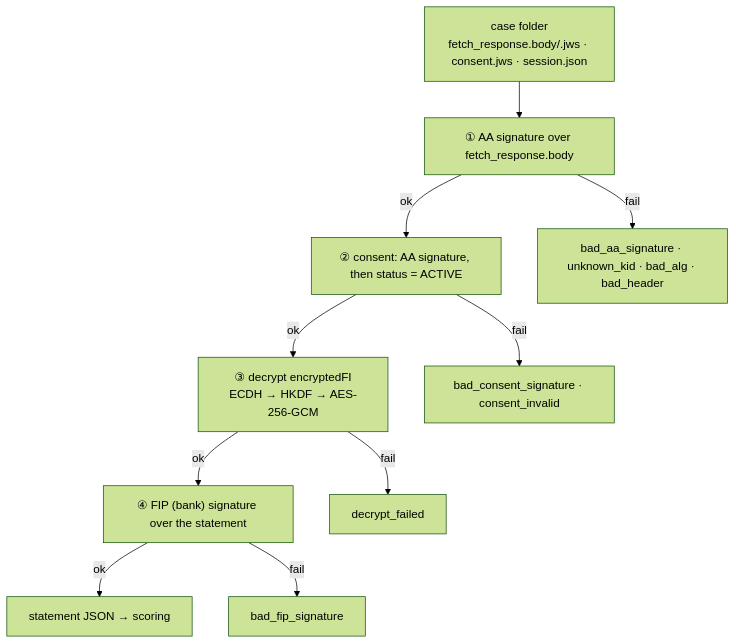
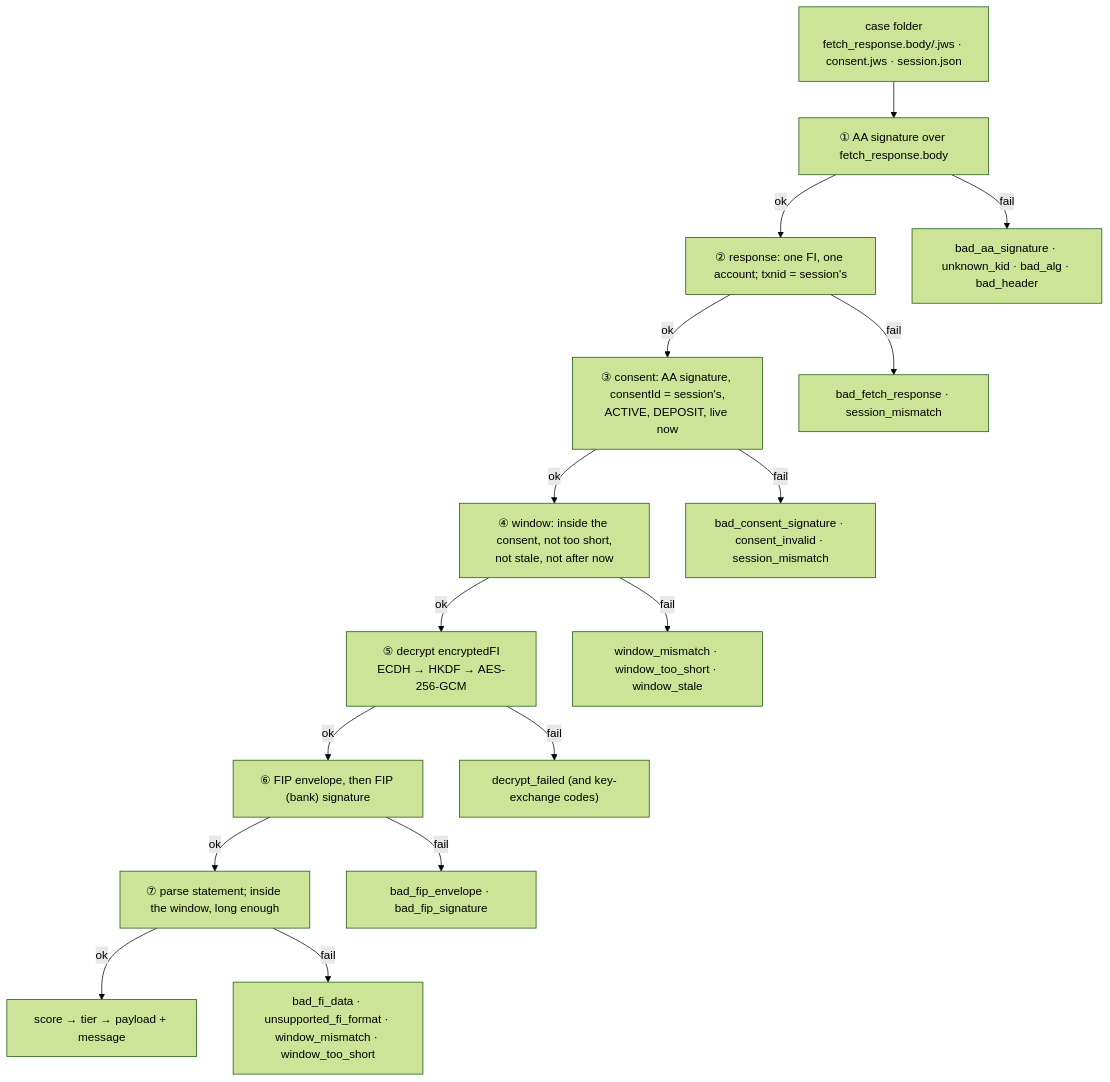
The diagram in test-vectors/README.md (pandaa880/tee-income-oracle), drawn with Mermaid (forest theme) before and after one commit. The commit also changed other lines of this file and 5 other files, not shown here.

Commit message:
docs: sync READMEs and architecture with the evaluate pipeline

````diff
--- a/test-vectors/README.md
+++ b/test-vectors/README.md
@@ -76,23 +83,35 @@
 ```mermaid
 flowchart TD
   IN["case folder<br/>fetch_response.body/.jws · consent.jws · session.json"]
   L1["① AA signature over fetch_response.body"]
-  L2["② consent: AA signature, then status = ACTIVE"]
-  L3["③ decrypt encryptedFI<br/>ECDH → HKDF → AES-256-GCM"]
-  L4["④ FIP (bank) signature over the statement"]
-  OK["statement JSON → scoring"]
+  L2["② response: one FI, one account; txnid = session's"]
+  L3["③ consent: AA signature, consentId = session's,<br/>ACTIVE, DEPOSIT, live now"]
+  L4["④ window: inside the consent, not too short,<br/>not stale, not after now"]
+  L5["⑤ decrypt encryptedFI<br/>ECDH → HKDF → AES-256-GCM"]
+  L6["⑥ FIP envelope, then FIP (bank) signature"]
+  L7["⑦ parse statement; inside the window, long enough"]
+  OK["score → tier → payload + message"]
   E1["bad_aa_signature · unknown_kid · bad_alg · bad_header"]
-  E2["bad_consent_signature · consent_invalid"]
-  E3["decrypt_failed"]
-  E4["bad_fip_signature"]
+  E2["bad_fetch_response · session_mismatch"]
+  E3["bad_consent_signature · consent_invalid · session_mismatch"]
+  E4["window_mismatch · window_too_short · window_stale"]
+  E5["decrypt_failed (and key-exchange codes)"]
+  E6["bad_fip_envelope · bad_fip_signature"]
+  E7["bad_fi_data · unsupported_fi_format · window_mismatch · window_too_short"]
 
   IN --> L1
   L1 -- ok --> L2
   L2 -- ok --> L3
   L3 -- ok --> L4
-  L4 -- ok --> OK
+  L4 -- ok --> L5
+  L5 -- ok --> L6
+  L6 -- ok --> L7
+  L7 -- ok --> OK
   L1 -- fail --> E1
   L2 -- fail --> E2
   L3 -- fail --> E3
   L4 -- fail --> E4
+  L5 -- fail --> E5
+  L6 -- fail --> E6
+  L7 -- fail --> E7
 ```
````
